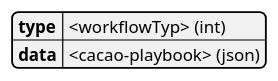
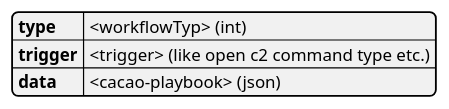
One commit to COSSAS/SOARCA changed the sixth of 19 diagrams in doc/soarca-api.adoc. Above: the diagram before and after it, drawn with PlantUML. The commit also changed other lines of this file, not shown here.

```diff
--- a/doc/soarca-api.adoc
+++ b/doc/soarca-api.adoc
@@ -237,9 +237,10 @@
 [plantuml, target=soar-ca-worklow-type, format=png]
 ....
 @startjson
 {
     "type": "<workflowTyp> (int)",
+    "trigger": "<trigger> (like open c2 command type etc.)",
     "data": "<cacao-playbook> (json)"
 }
 @endjson
 ....
```
